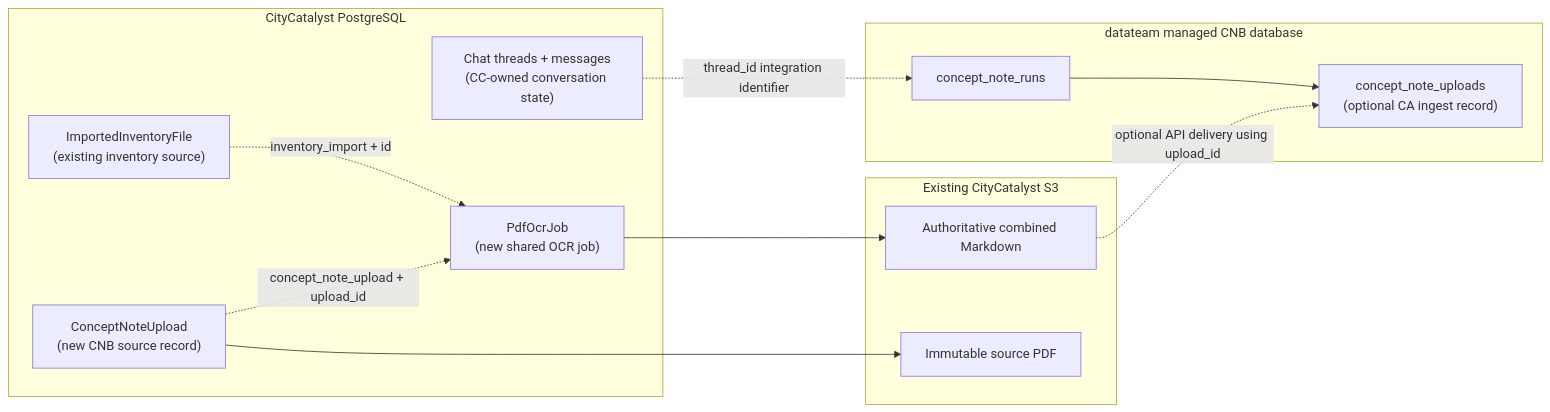
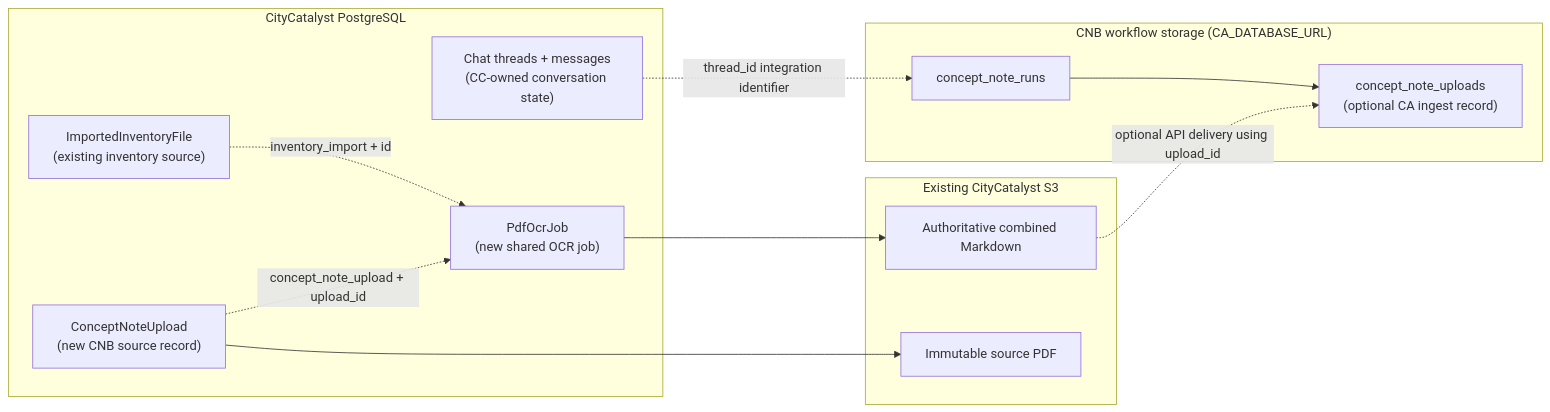
The third of 14 diagrams in docs/ConceptNoteBuilderArchitecture.md (Open-Earth-Foundation/CityCatalyst), drawn with Mermaid before and after one commit. The commit also changed other lines of this file and 16 other files, not shown here.

````diff
--- a/docs/ConceptNoteBuilderArchitecture.md
+++ b/docs/ConceptNoteBuilderArchitecture.md
@@ -234,27 +239,27 @@
 ```mermaid
 flowchart LR
     subgraph CCDB["CityCatalyst PostgreSQL"]
         Inventory["ImportedInventoryFile<br/>(existing inventory source)"]
         Chat["Chat threads + messages<br/>(CC-owned conversation state)"]
         CNUpload["ConceptNoteUpload<br/>(new CNB source record)"]
         OCR["PdfOcrJob<br/>(new shared OCR job)"]
     end
 
     subgraph CCS3["Existing CityCatalyst S3"]
         Source["Immutable source PDF"]
         Markdown["Authoritative combined Markdown"]
     end
 
-    subgraph CNBDB["datateam managed CNB database"]
+    subgraph CNBDB["CNB workflow storage (CA_DATABASE_URL)"]
         Run["concept_note_runs"]
         Received["concept_note_uploads<br/>(optional CA ingest record)"]
     end
 
     Inventory -.->|"inventory_import + id"| OCR
     CNUpload -.->|"concept_note_upload + upload_id"| OCR
     CNUpload --> Source
     OCR --> Markdown
     Chat -.->|"thread_id integration identifier"| Run
     Run --> Received
     Markdown -.->|"optional API delivery using upload_id"| Received
 ```
````
